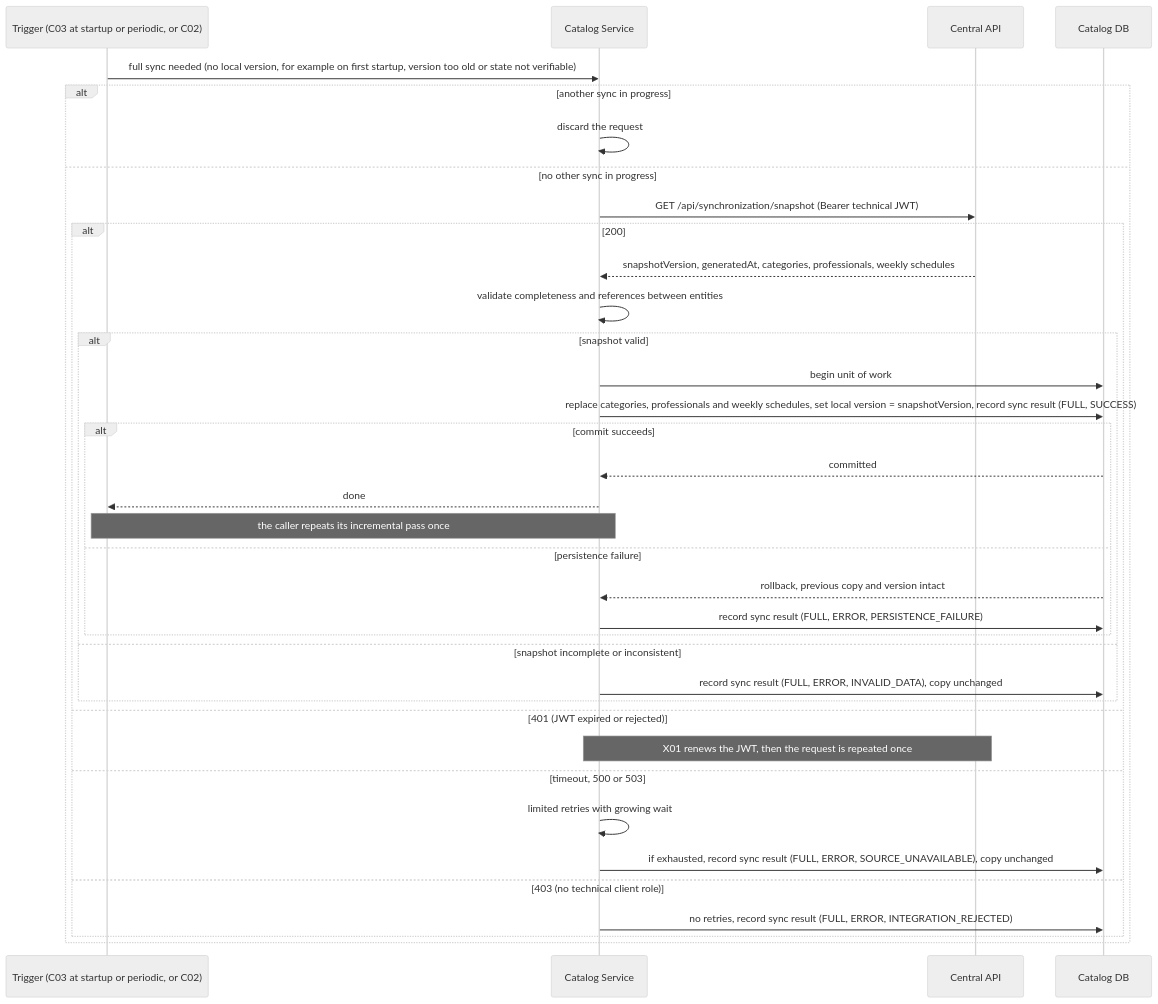
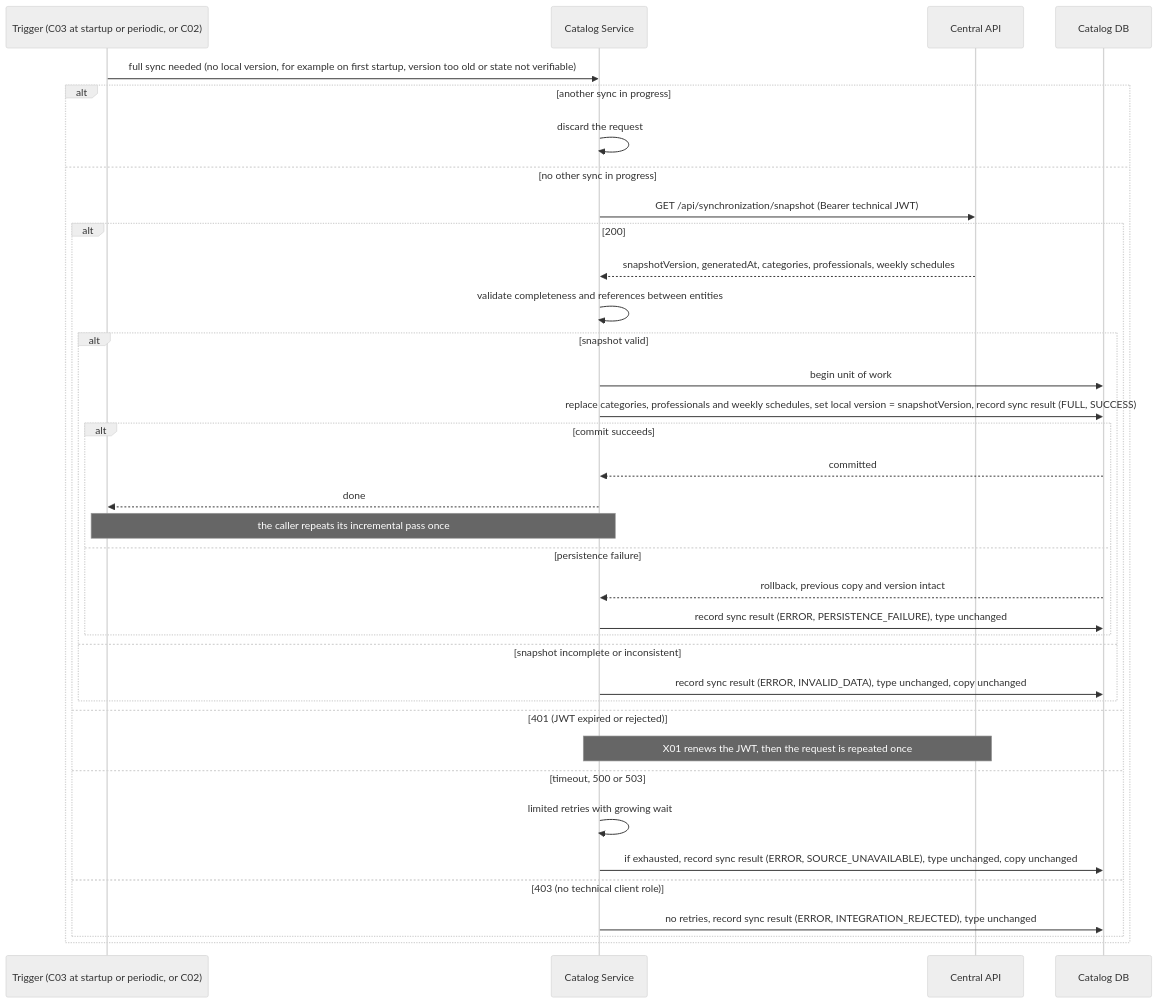
Before and after one commit to Programacion2-IgnacioMilutin-2026/catalogo_service: the first of 3 diagrams in docs/secuencias/catalogo_y_sincronizacion_secuencia.md, drawn with Mermaid (neutral theme). The commit also changed other lines of this file and 9 other files, not shown here.

````diff
--- a/docs/secuencias/catalogo_y_sincronizacion_secuencia.md
+++ b/docs/secuencias/catalogo_y_sincronizacion_secuencia.md
@@ -7,39 +7,39 @@
 ```mermaid
 sequenceDiagram
     participant T as Trigger (C03 at startup or periodic, or C02)
     participant CS as Catalog Service
     participant API as Central API
     participant DB as Catalog DB
 
     T->>CS: full sync needed (no local version, for example on first startup, version too old or state not verifiable)
     alt another sync in progress
         CS->>CS: discard the request
     else no other sync in progress
         CS->>API: GET /api/synchronization/snapshot (Bearer technical JWT)
         alt 200
             API-->>CS: snapshotVersion, generatedAt, categories, professionals, weekly schedules
             CS->>CS: validate completeness and references between entities
             alt snapshot valid
                 CS->>DB: begin unit of work
                 CS->>DB: replace categories, professionals and weekly schedules, set local version = snapshotVersion, record sync result (FULL, SUCCESS)
                 alt commit succeeds
                     DB-->>CS: committed
                     CS-->>T: done
                     Note over T,CS: the caller repeats its incremental pass once
                 else persistence failure
                     DB-->>CS: rollback, previous copy and version intact
-                    CS->>DB: record sync result (FULL, ERROR, PERSISTENCE_FAILURE)
+                    CS->>DB: record sync result (ERROR, PERSISTENCE_FAILURE), type unchanged
                 end
             else snapshot incomplete or inconsistent
-                CS->>DB: record sync result (FULL, ERROR, INVALID_DATA), copy unchanged
+                CS->>DB: record sync result (ERROR, INVALID_DATA), type unchanged, copy unchanged
             end
         else 401 (JWT expired or rejected)
             Note over CS,API: X01 renews the JWT, then the request is repeated once
         else timeout, 500 or 503
             CS->>CS: limited retries with growing wait
-            CS->>DB: if exhausted, record sync result (FULL, ERROR, SOURCE_UNAVAILABLE), copy unchanged
+            CS->>DB: if exhausted, record sync result (ERROR, SOURCE_UNAVAILABLE), type unchanged, copy unchanged
         else 403 (no technical client role)
-            CS->>DB: no retries, record sync result (FULL, ERROR, INTEGRATION_REJECTED)
+            CS->>DB: no retries, record sync result (ERROR, INTEGRATION_REJECTED), type unchanged
         end
     end
 ```
````
